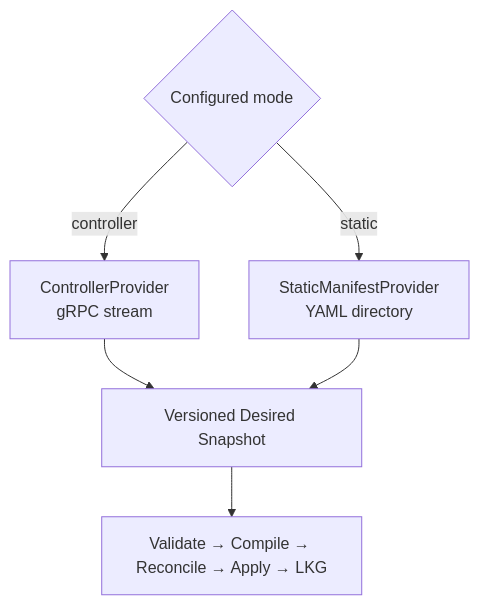
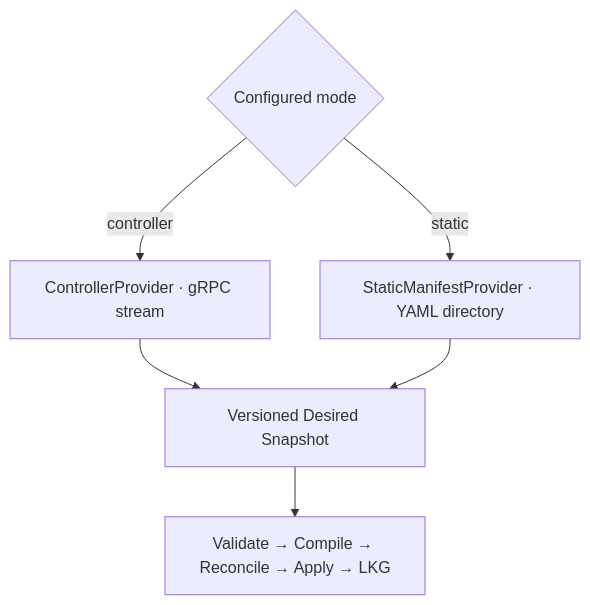
Before and after one commit to PicketX/PicketX: the second of 5 diagrams in docs/ARCHITECTURE.md, drawn with Mermaid. The commit also changed other lines of this file and 75 other files, not shown here.

````diff
--- a/docs/ARCHITECTURE.md
+++ b/docs/ARCHITECTURE.md
@@ -182,9 +235,9 @@
 ```mermaid
 flowchart TB
     Mode{"Configured mode"}
-    Mode -->|controller| CP["ControllerProvider<br/>gRPC stream"]
-    Mode -->|static| SP["StaticManifestProvider<br/>YAML directory"]
+    Mode -->|controller| CP["ControllerProvider · gRPC stream"]
+    Mode -->|static| SP["StaticManifestProvider · YAML directory"]
     CP --> Snapshot["Versioned Desired Snapshot"]
     SP --> Snapshot
     Snapshot --> Pipeline["Validate → Compile → Reconcile → Apply → LKG"]
 ```
````
